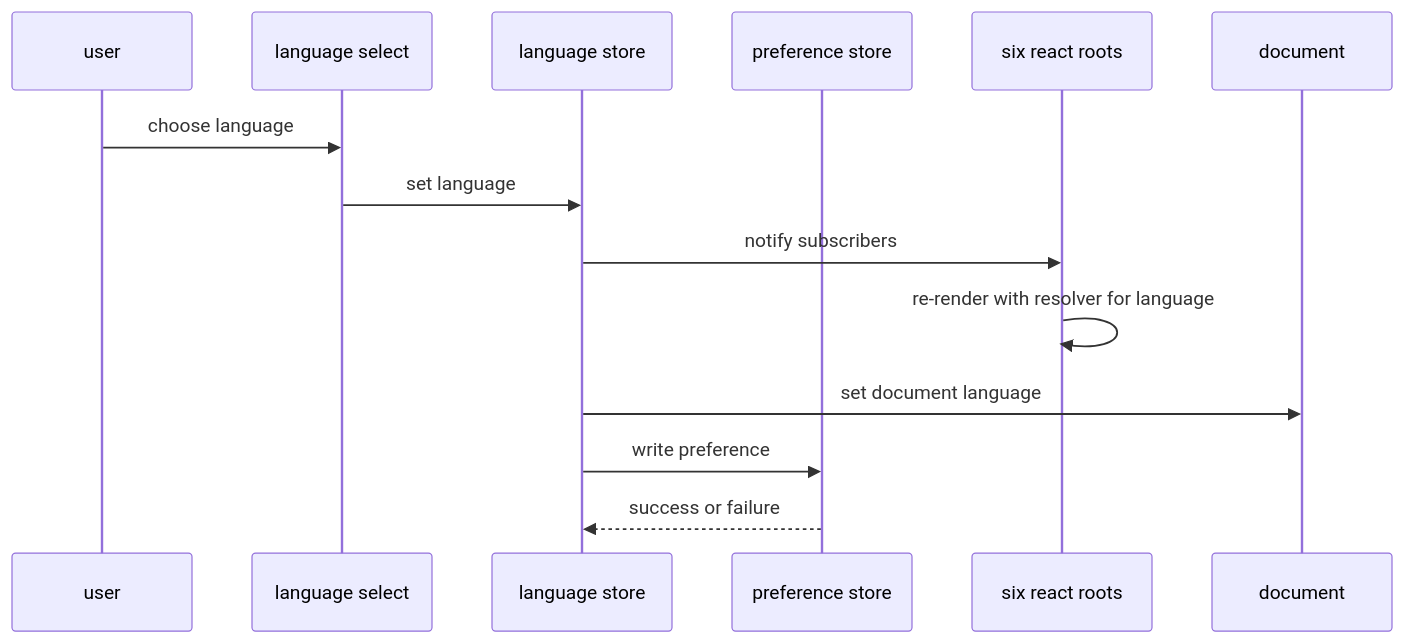
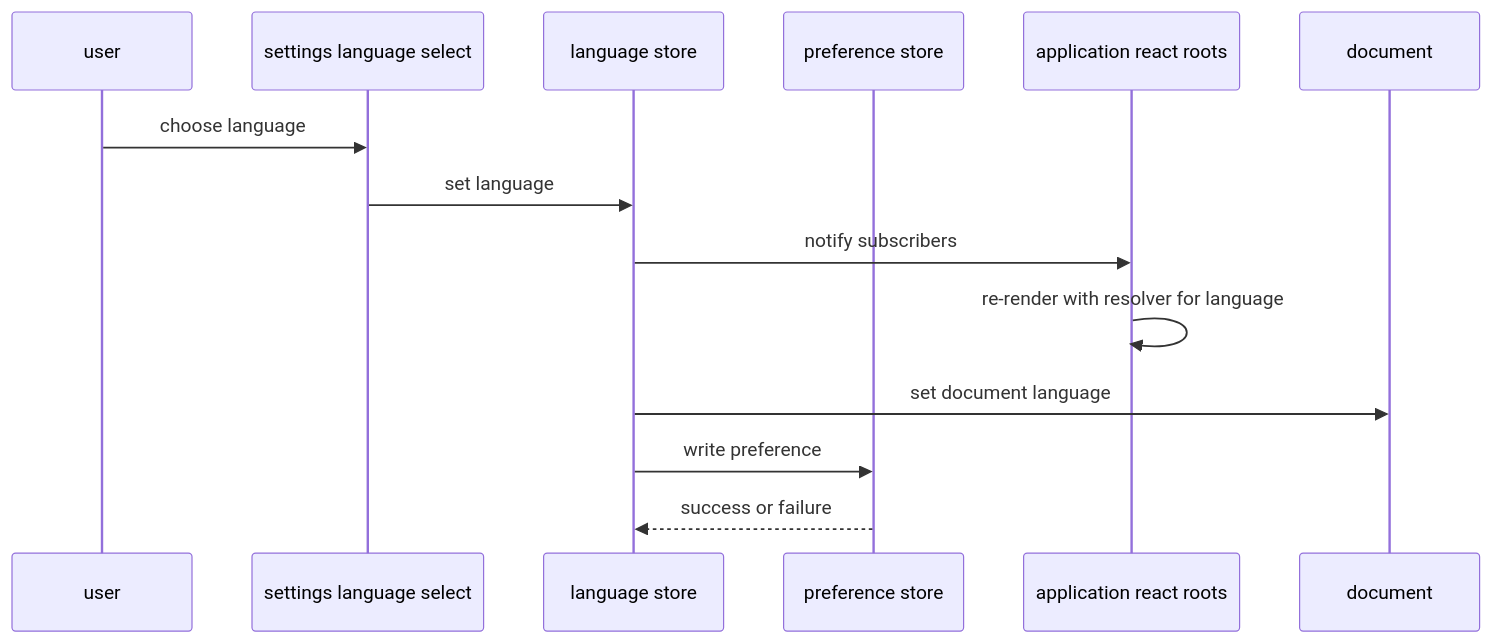
Before and after one commit to Huruikagi/pc-build-planner: the third of 4 diagrams in .kiro/specs/ui-internationalization/design.md, drawn with Mermaid. The commit also changed other lines of this file and 58 other files, not shown here.

````diff
--- a/.kiro/specs/ui-internationalization/design.md
+++ b/.kiro/specs/ui-internationalization/design.md
@@ -288,17 +268,17 @@
 ```mermaid
 sequenceDiagram
     participant User as user
-    participant Select as language select
+    participant Select as settings language select
     participant Store as language store
     participant Pref as preference store
-    participant Roots as six react roots
+    participant Roots as application react roots
     participant Doc as document
 
     User->>Select: choose language
     Select->>Store: set language
     Store->>Roots: notify subscribers
     Roots->>Roots: re-render with resolver for language
     Store->>Doc: set document language
     Store->>Pref: write preference
     Pref-->>Store: success or failure
 ```
````
